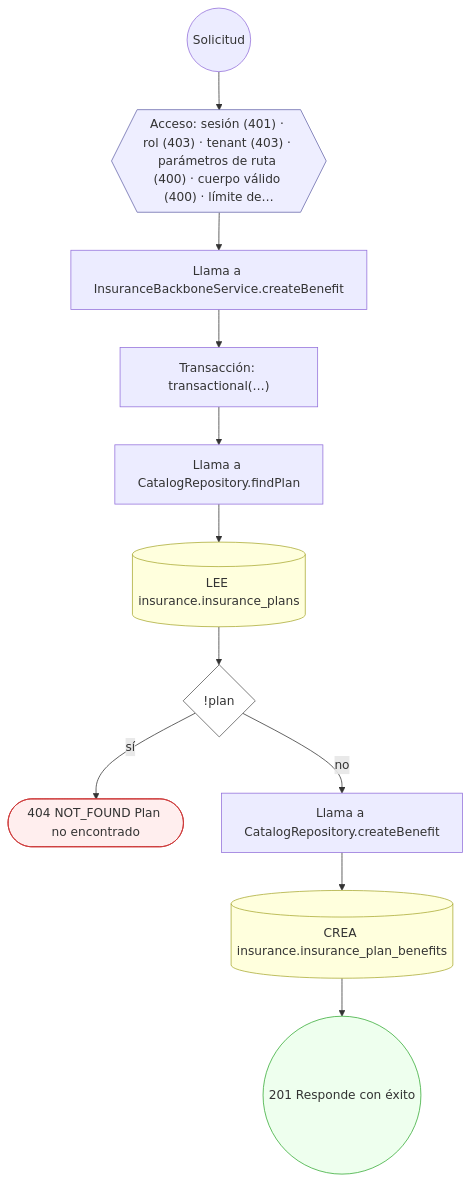
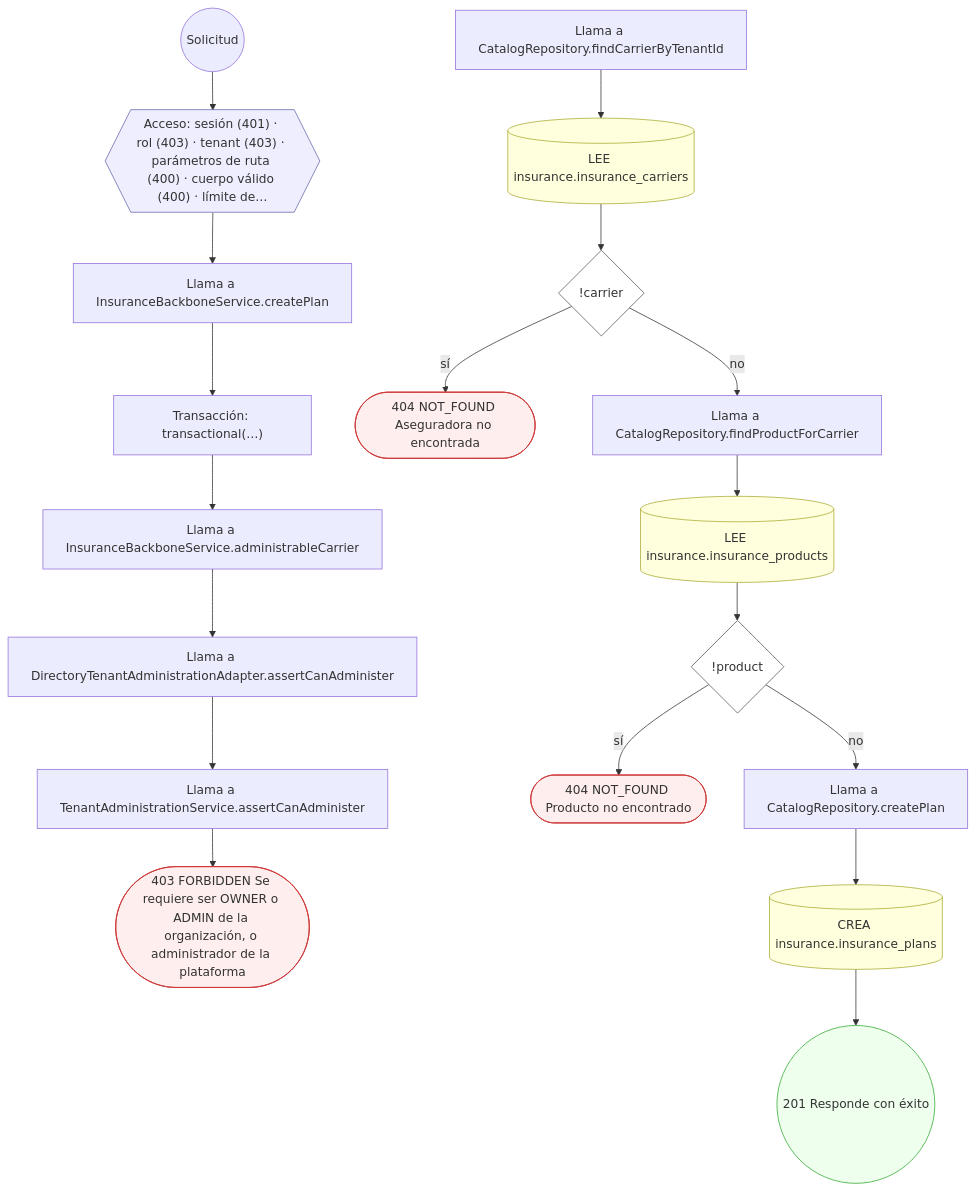
Diagram 33 of 56 in docs/inventario/flujos/insurance.md (mdavila-2001/mantra-core-health-api), drawn with Mermaid before and after one commit. The commit also changed other lines of this file and 451 other files, not shown here.

First line of the commit message:
chore(data_catalog): contrato OpenAPI, inventario y pruebas al día con el diseño del #660

````diff
--- a/docs/inventario/flujos/insurance.md
+++ b/docs/inventario/flujos/insurance.md
@@ -1124,30 +3094,45 @@
 ```mermaid
 flowchart TD
   n1(("Solicitud")):::inicio
   n2{{"Acceso: sesión (401) · rol (403) · tenant (403) · parámetros de ruta (400) · cuerpo válido (400) · límite de…"}}:::acceso
   n1 --> n2
-  n3["Llama a InsuranceBackboneService.createBenefit"]:::llamada
+  n3["Llama a InsuranceBackboneService.createPlan"]:::llamada
   n2 --> n3
   n4["Transacción: transactional(…)"]:::transaccion
   n3 --> n4
-  n5["Llama a CatalogRepository.findPlan"]:::llamada
+  n5["Llama a InsuranceBackboneService.administrableCarrier"]:::llamada
   n4 --> n5
-  n6[("LEE insurance.insurance_plans")]:::efecto
+  n6["Llama a DirectoryTenantAdministrationAdapter.assertCanAdminister"]:::llamada
   n5 --> n6
-  n7{"!plan"}:::decision
+  n7["Llama a TenantAdministrationService.assertCanAdminister"]:::llamada
   n6 --> n7
-  n8(["404 NOT_FOUND Plan no encontrado"]):::error
-  n7 -->|"sí"| n8
-  n9["Llama a CatalogRepository.createBenefit"]:::llamada
-  n7 -->|"no"| n9
-  n10[("CREA insurance.insurance_plan_benefits")]:::efecto
+  n8(["403 FORBIDDEN Se requiere ser OWNER o ADMIN de la organización, o administrador de la plataforma"]):::error
+  n7 --> n8
+  n9["Llama a CatalogRepository.findCarrierByTenantId"]:::llamada
+  n10[("LEE insurance.insurance_carriers")]:::efecto
   n9 --> n10
-  n11(("201 Responde con éxito")):::ok
+  n11{"!carrier"}:::decision
   n10 --> n11
+  n12(["404 NOT_FOUND Aseguradora no encontrada"]):::error
+  n11 -->|"sí"| n12
+  n13["Llama a CatalogRepository.findProductForCarrier"]:::llamada
+  n11 -->|"no"| n13
+  n14[("LEE insurance.insurance_products")]:::efecto
+  n13 --> n14
+  n15{"!product"}:::decision
+  n14 --> n15
+  n16(["404 NOT_FOUND Producto no encontrado"]):::error
+  n15 -->|"sí"| n16
+  n17["Llama a CatalogRepository.createPlan"]:::llamada
+  n15 -->|"no"| n17
+  n18[("CREA insurance.insurance_plans")]:::efecto
+  n17 --> n18
+  n19(("201 Responde con éxito")):::ok
+  n18 --> n19
   classDef acceso fill:#eef,stroke:#66a
   classDef error fill:#fee,stroke:#c33
   classDef ok fill:#efe,stroke:#3a3
   classDef efecto fill:#ffd,stroke:#aa3
   classDef decision fill:#fff,stroke:#555
   classDef corte fill:#eee,stroke:#999,stroke-dasharray: 4
 ```
````
